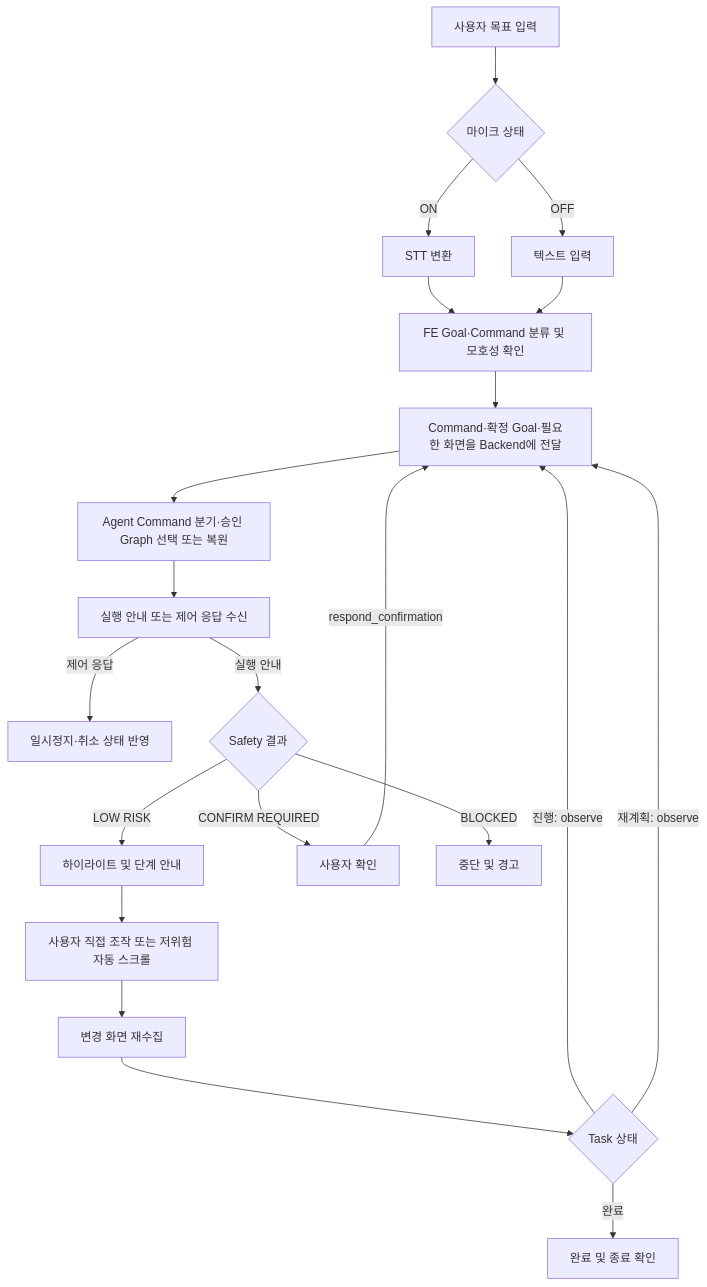
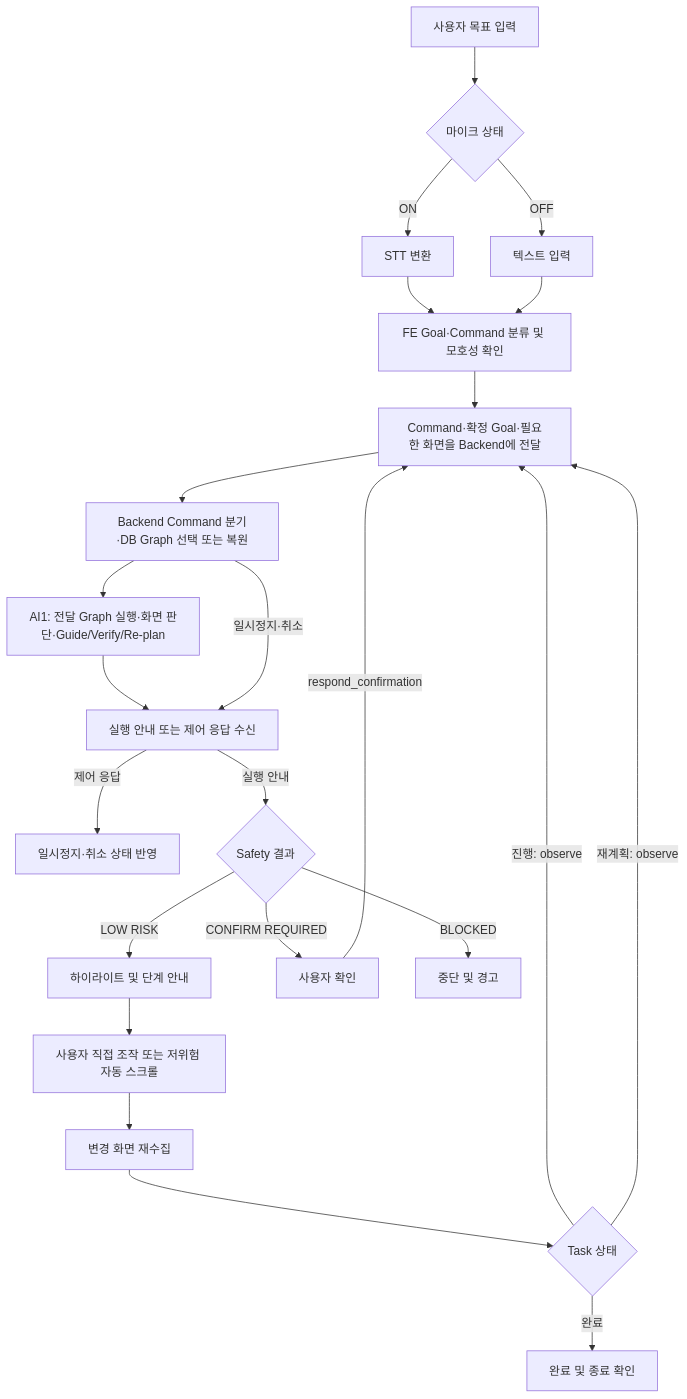
One commit to Bae-iri/Click changed the diagram in docs/frontend-architecture.md. Above: the diagram before and after it, drawn with Mermaid. The commit also changed other lines of this file and 23 other files, not shown here.

Commit message:
docs: move task graph selection to backend and define runtime handoff

````diff
--- a/docs/frontend-architecture.md
+++ b/docs/frontend-architecture.md
@@ -131,23 +131,25 @@
 ```mermaid
 flowchart TD
     A[사용자 목표 입력] --> B{마이크 상태}
     B -->|ON| C[STT 변환]
     B -->|OFF| D[텍스트 입력]
     C --> E[FE Goal·Command 분류 및 모호성 확인]
     D --> E
     E --> G[Command·확정 Goal·필요한 화면을 Backend에 전달]
-    G --> F[Agent Command 분기·승인 Graph 선택 또는 복원]
-    F --> H[실행 안내 또는 제어 응답 수신]
+    G --> F[Backend Command 분기·DB Graph 선택 또는 복원]
+    F --> A1[AI1: 전달 Graph 실행·화면 판단·Guide/Verify/Re-plan]
+    A1 --> H[실행 안내 또는 제어 응답 수신]
+    F -->|일시정지·취소| H
     H -->|제어 응답| CTRL[일시정지·취소 상태 반영]
     H -->|실행 안내| I{Safety 결과}
     I -->|LOW RISK| J[하이라이트 및 단계 안내]
     I -->|CONFIRM REQUIRED| K[사용자 확인]
     I -->|BLOCKED| L[중단 및 경고]
     K -->|respond_confirmation| G
     J --> M[사용자 직접 조작 또는 저위험 자동 스크롤]
     M --> N[변경 화면 재수집]
     N --> O{Task 상태}
     O -->|진행: observe| G
     O -->|재계획: observe| G
     O -->|완료| P[완료 및 종료 확인]
 ```
````
